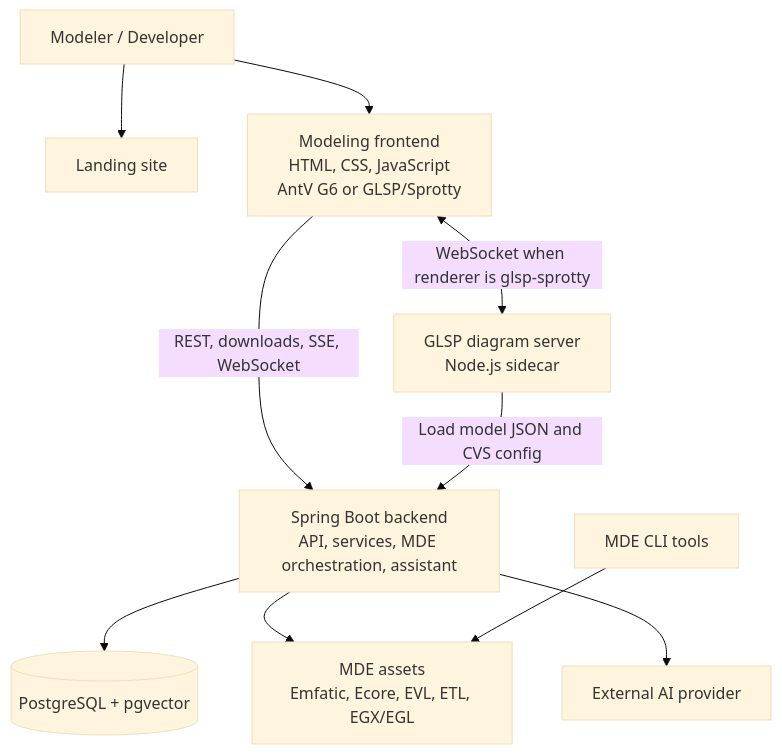
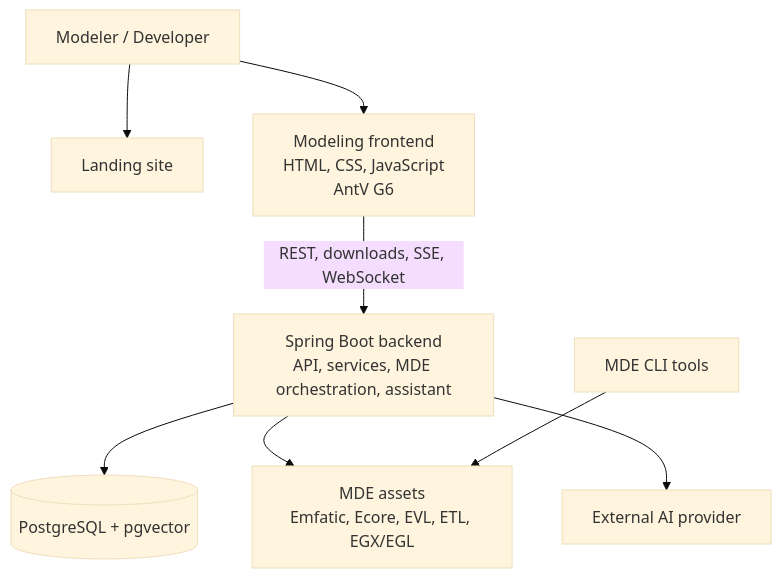
The diagram in docs/public-docs/docs/architecture/system.md (mehdieidi/modriss), drawn with Mermaid (base theme) before and after one commit. The commit also changed other lines of this file and 114 other files, not shown here.

Commit message:
feat(frontend): remove GLSP sprotty

````diff
--- a/docs/public-docs/docs/architecture/system.md
+++ b/docs/public-docs/docs/architecture/system.md
@@ -3,22 +3,19 @@
 ```mermaid
 flowchart TB
     User["Modeler / Developer"]
     Landing["Landing site"]
-    Frontend["Modeling frontend<br/>HTML, CSS, JavaScript<br/>AntV G6 or GLSP/Sprotty"]
-    Glsp["GLSP diagram server<br/>Node.js sidecar"]
+    Frontend["Modeling frontend<br/>HTML, CSS, JavaScript<br/>AntV G6"]
     Backend["Spring Boot backend<br/>API, services, MDE orchestration, assistant"]
     DB[("PostgreSQL + pgvector")]
     MDE["MDE assets<br/>Emfatic, Ecore, EVL, ETL, EGX/EGL"]
     AI["External AI provider"]
     CLIs["MDE CLI tools"]
 
     User --> Landing
     User --> Frontend
     Frontend -->|"REST, downloads, SSE, WebSocket"| Backend
-    Frontend <-->|"WebSocket when renderer is glsp-sprotty"| Glsp
-    Glsp -->|"Load model JSON and CVS config"| Backend
     Backend --> DB
     Backend --> MDE
     Backend --> AI
     CLIs --> MDE
 ```
````
